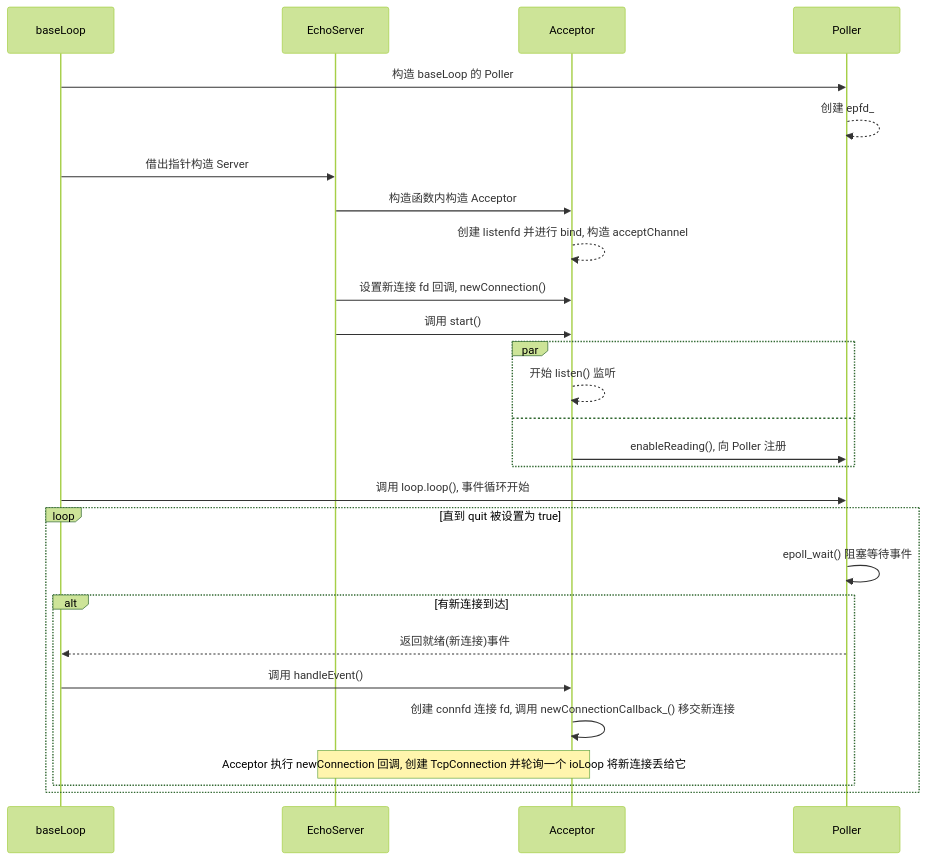
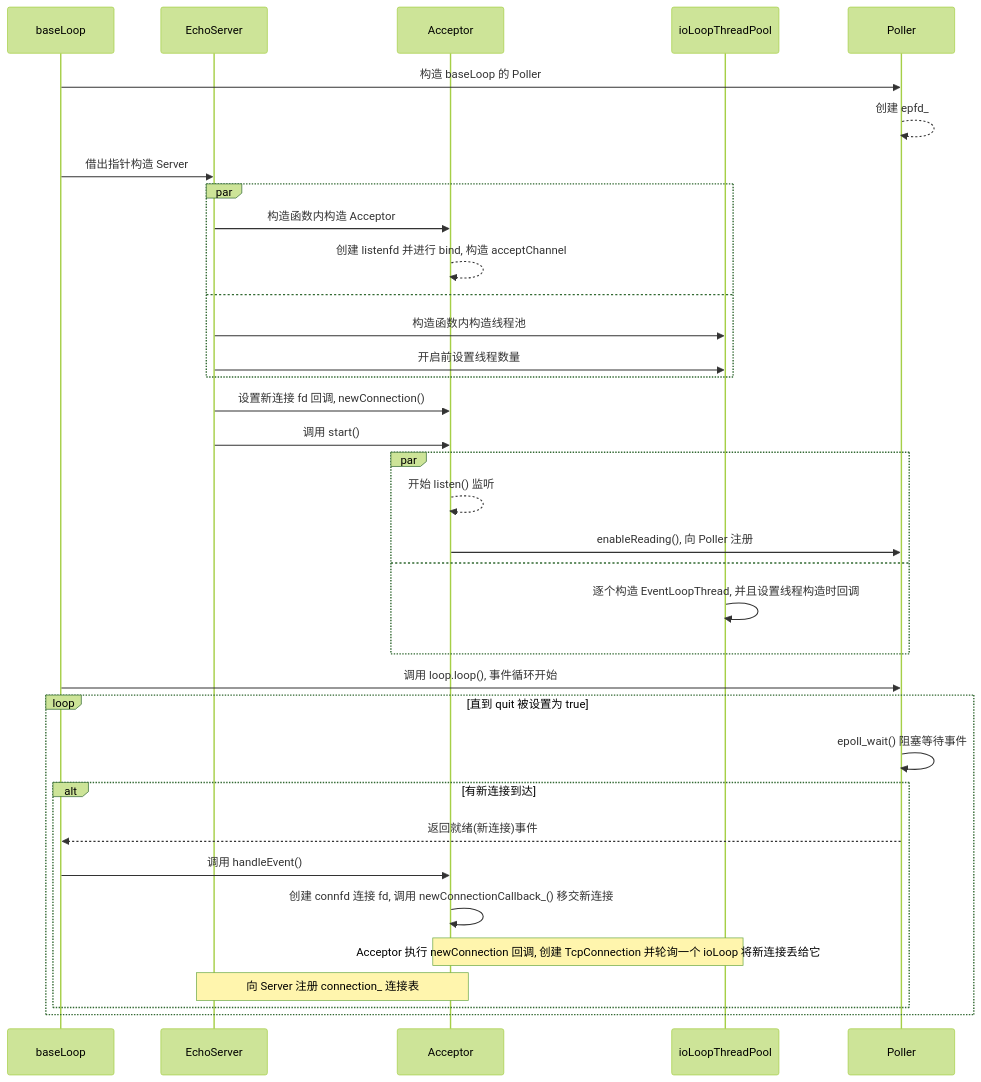
One commit to xertionqwq/netlib changed the first of 14 diagrams in doc/learning-log/mymuduo.md. Above: the diagram before and after it, drawn with Mermaid (forest theme). The commit also changed other lines of this file, not shown here.

Commit message:
docs: add start timing graph about ioLoop in "mymuduo.md"

````diff
--- a/doc/learning-log/mymuduo.md
+++ b/doc/learning-log/mymuduo.md
@@ -8,30 +8,42 @@
 ```mermaid
 sequenceDiagram
 	participant bloop as baseLoop
 	participant server as EchoServer
 	participant acc as Acceptor
+	participant thread as ioLoopThreadPool
 	participant poll as Poller
+	
 	bloop->>poll: 构造 baseLoop 的 Poller
 	poll-->>poll: 创建 epfd_
 	bloop->>server: 借出指针构造 Server
-	server->>acc: 构造函数内构造 Acceptor
-	acc-->>acc: 创建 listenfd 并进行 bind, 构造 acceptChannel
+	
+	par	
+		server->>acc: 构造函数内构造 Acceptor
+		acc-->>acc: 创建 listenfd 并进行 bind, 构造 acceptChannel
+	and
+		server->>thread: 构造函数内构造线程池
+		server->>thread: 开启前设置线程数量
+	end
+	
 	server->>acc: 设置新连接 fd 回调, newConnection()
 	server->>acc: 调用 start()
+	
 	par	
 		acc-->>acc: 开始 listen() 监听
+		acc->>poll: enableReading(), 向 Poller 注册
 	and
-		acc->>poll: enableReading(), 向 Poller 注册
+		thread->>thread: 逐个构造 EventLoopThread, 并且设置线程构造时回调
 	end
+	
 	bloop->>poll: 调用 loop.loop(), 事件循环开始
-	
 	loop 直到 quit 被设置为 true
 		poll->>poll: epoll_wait() 阻塞等待事件 
 		alt 有新连接到达
 			poll-->>bloop: 返回就绪(新连接)事件
 			bloop->>acc: 调用 handleEvent()
 			acc->>acc: 创建 connfd 连接 fd, 调用 newConnectionCallback_() 移交新连接
-			Note over acc, server: Acceptor 执行 newConnection 回调, 创建 TcpConnection 并轮询一个 ioLoop 将新连接丢给它
+			Note over acc, thread: Acceptor 执行 newConnection 回调, 创建 TcpConnection 并轮询一个 ioLoop 将新连接丢给它
+			Note over acc, server: 向 Server 注册 connection_ 连接表
 		end
 	end
 ```
````
